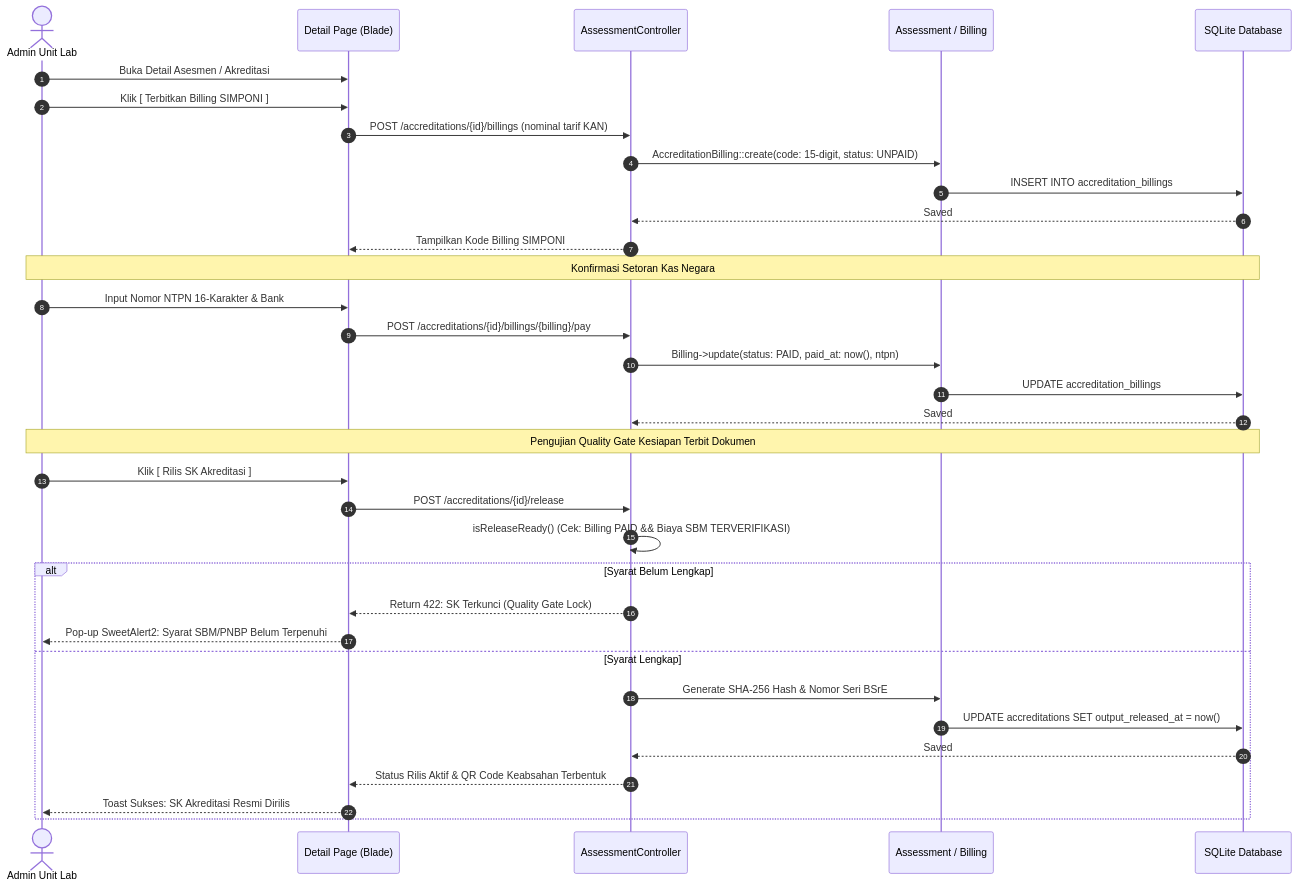
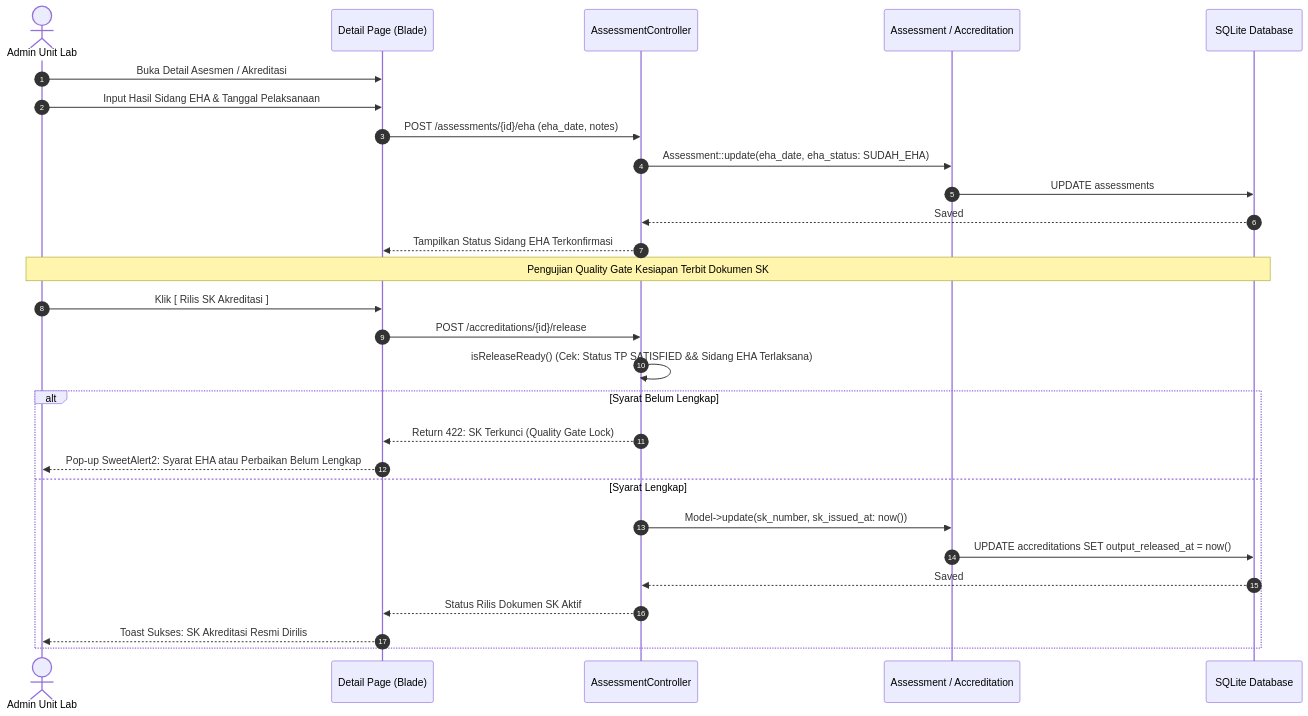
The seventh of 9 diagrams in docs/04-tahap-perancangan.md (greedykid/prototype-magang), drawn with Mermaid before and after one commit. The commit also changed other lines of this file and 79 other files, not shown here.

````diff
--- a/docs/04-tahap-perancangan.md
+++ b/docs/04-tahap-perancangan.md
@@ -296,39 +284,32 @@
 ```mermaid
 sequenceDiagram
     autonumber
     actor Admin as Admin Unit Lab
     participant View as Detail Page (Blade)
     participant Ctrl as AssessmentController
-    participant Model as Assessment / Billing
+    participant Model as Assessment / Accreditation
     participant DB as SQLite Database
 
     Admin->>View: Buka Detail Asesmen / Akreditasi
-    Admin->>View: Klik [ Terbitkan Billing SIMPONI ]
-    View->>Ctrl: POST /accreditations/{id}/billings (nominal tarif KAN)
-    Ctrl->>Model: AccreditationBilling::create(code: 15-digit, status: UNPAID)
-    Model->>DB: INSERT INTO accreditation_billings
+    Admin->>View: Input Hasil Sidang EHA & Tanggal Pelaksanaan
+    View->>Ctrl: POST /assessments/{id}/eha (eha_date, notes)
+    Ctrl->>Model: Assessment::update(eha_date, eha_status: SUDAH_EHA)
+    Model->>DB: UPDATE assessments
     DB-->>Ctrl: Saved
-    Ctrl-->>View: Tampilkan Kode Billing SIMPONI
+    Ctrl-->>View: Tampilkan Status Sidang EHA Terkonfirmasi
 
-    Note over Admin,DB: Konfirmasi Setoran Kas Negara
-    Admin->>View: Input Nomor NTPN 16-Karakter & Bank
-    View->>Ctrl: POST /accreditations/{id}/billings/{billing}/pay
-    Ctrl->>Model: Billing->update(status: PAID, paid_at: now(), ntpn)
-    Model->>DB: UPDATE accreditation_billings
-    DB-->>Ctrl: Saved
-
-    Note over Admin,DB: Pengujian Quality Gate Kesiapan Terbit Dokumen
+    Note over Admin,DB: Pengujian Quality Gate Kesiapan Terbit Dokumen SK
     Admin->>View: Klik [ Rilis SK Akreditasi ]
     View->>Ctrl: POST /accreditations/{id}/release
-    Ctrl->>Ctrl: isReleaseReady() (Cek: Billing PAID && Biaya SBM TERVERIFIKASI)
+    Ctrl->>Ctrl: isReleaseReady() (Cek: Status TP SATISFIED && Sidang EHA Terlaksana)
     alt Syarat Belum Lengkap
         Ctrl-->>View: Return 422: SK Terkunci (Quality Gate Lock)
-        View-->>Admin: Pop-up SweetAlert2: Syarat SBM/PNBP Belum Terpenuhi
+        View-->>Admin: Pop-up SweetAlert2: Syarat EHA atau Perbaikan Belum Lengkap
     else Syarat Lengkap
-        Ctrl->>Model: Generate SHA-256 Hash & Nomor Seri BSrE
+        Ctrl->>Model: Model->update(sk_number, sk_issued_at: now())
         Model->>DB: UPDATE accreditations SET output_released_at = now()
         DB-->>Ctrl: Saved
-        Ctrl-->>View: Status Rilis Aktif & QR Code Keabsahan Terbentuk
+        Ctrl-->>View: Status Rilis Dokumen SK Aktif
         View-->>Admin: Toast Sukses: SK Akreditasi Resmi Dirilis
     end
 ```
````
